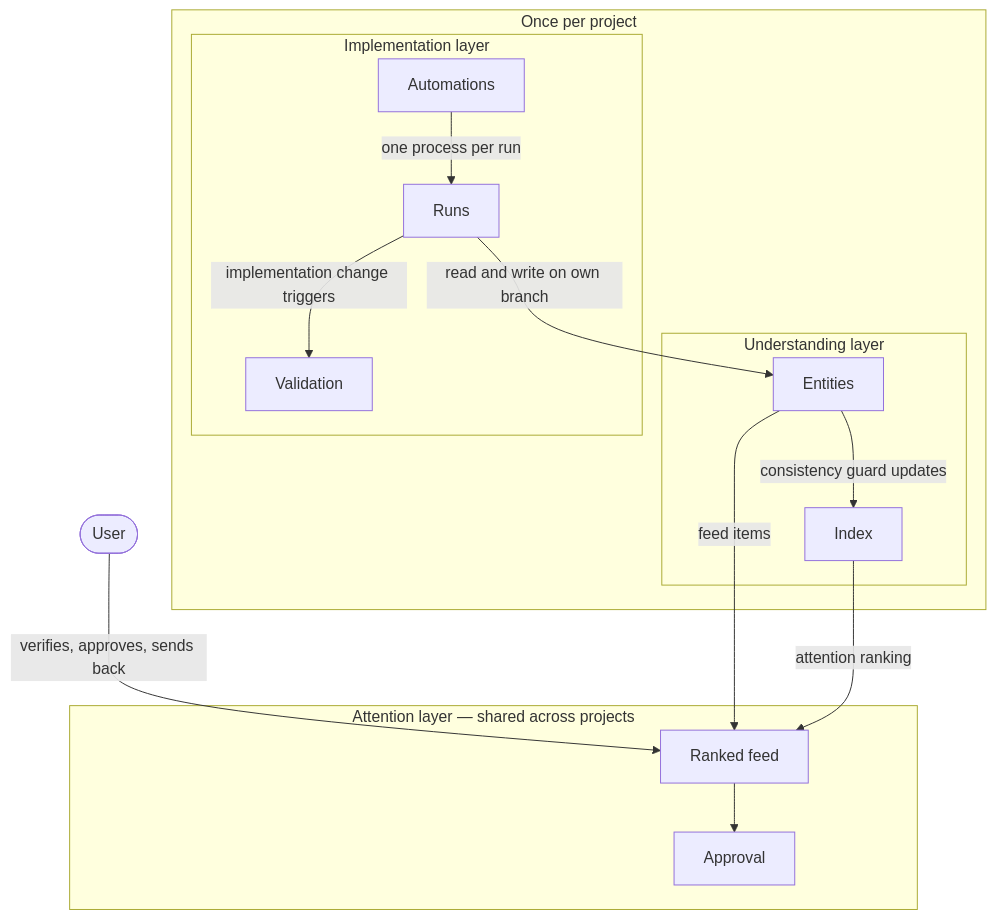
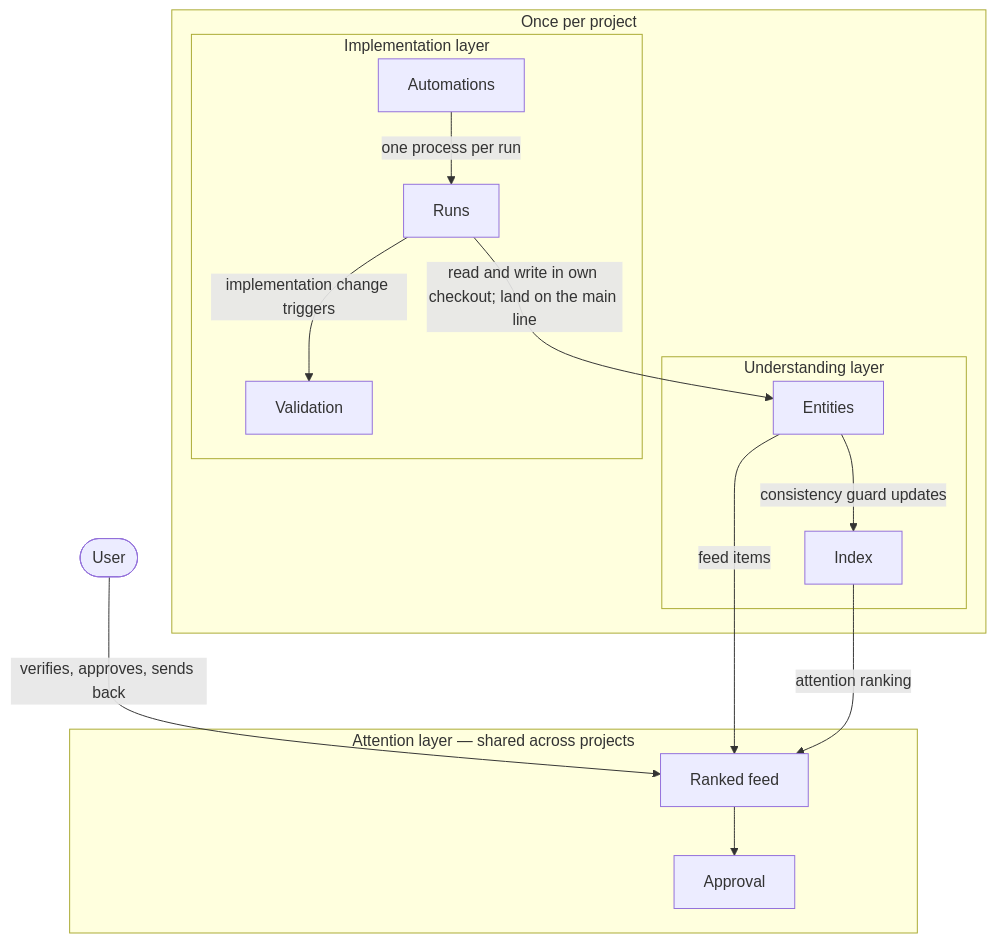
The diagram in docs/diagrams/01-layers.md (Aleksander1111/momentum), drawn with Mermaid before and after one commit. The commit also changed 67 other files, not shown here.

First line of the commit message:
Land every run on the main line: no run branches, automation runs queued per project

````diff
--- a/docs/diagrams/01-layers.md
+++ b/docs/diagrams/01-layers.md
@@ -5,27 +5,27 @@
 ```mermaid
 flowchart TB
   User(["User"])
   subgraph Attention["Attention layer — shared across projects"]
     Feed["Ranked feed"]
     Approval["Approval"]
   end
   subgraph PerProject["Once per project"]
     subgraph Understanding["Understanding layer"]
       Entities["Entities"]
       Index["Index"]
     end
     subgraph Implementation["Implementation layer"]
       Automations["Automations"]
       Runs["Runs"]
       Validation["Validation"]
     end
   end
   User -->|"verifies, approves, sends back"| Feed
   Feed --> Approval
   Entities -->|"feed items"| Feed
   Index -->|"attention ranking"| Feed
   Entities -->|"consistency guard updates"| Index
   Automations -->|"one process per run"| Runs
-  Runs -->|"read and write on own branch"| Entities
+  Runs -->|"read and write in own checkout; land on the main line"| Entities
   Runs -->|"implementation change triggers"| Validation
 ```
````
